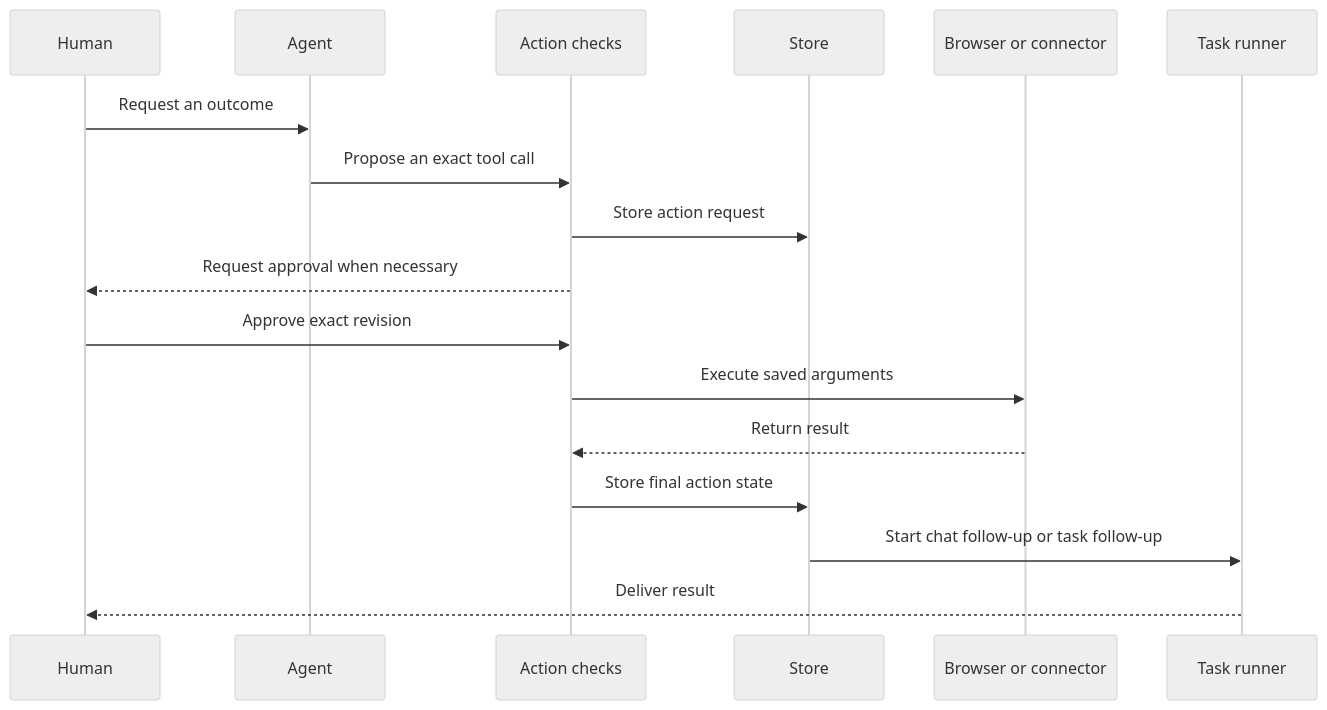
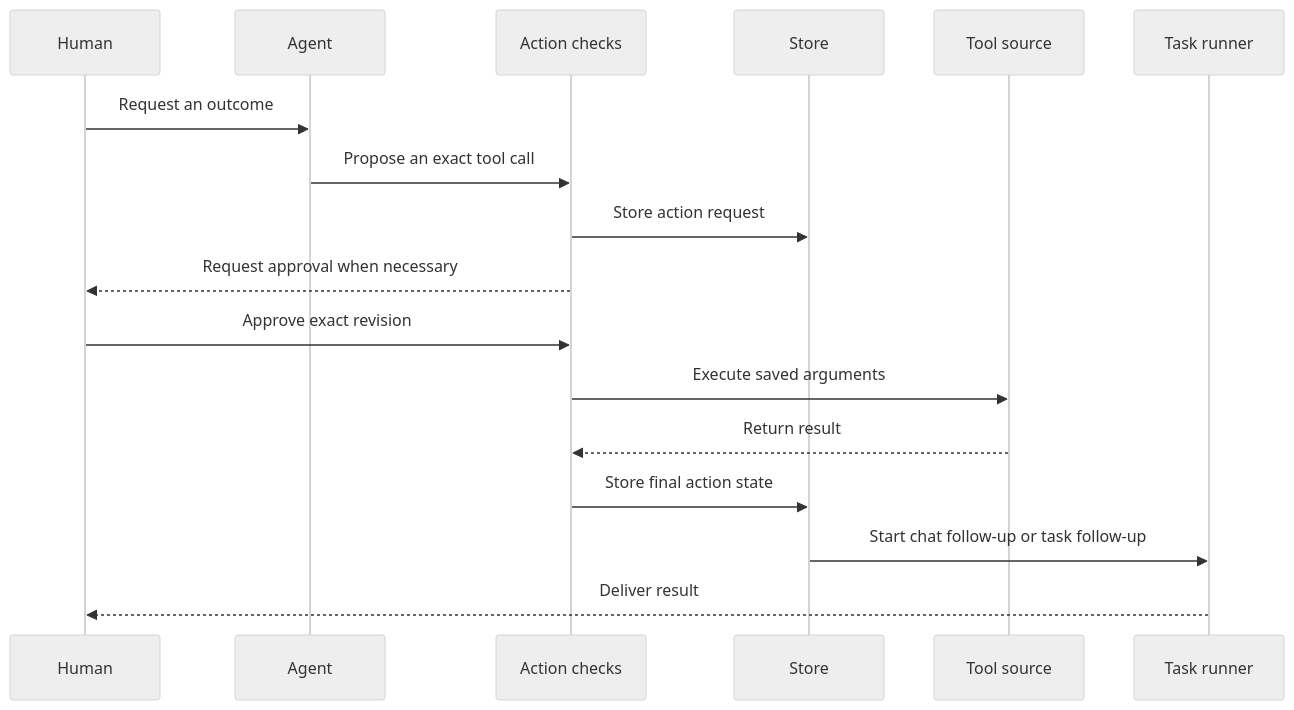
One commit to kpsuperplane/Noema changed the second of 29 diagrams in docs/superpowers/plans/2026-08-08-noema-practical-reliability-roadmap.md. Above: the diagram before and after it, drawn with Mermaid (neutral theme). The commit also changed other lines of this file, not shown here.

Commit message:
docs: make reliability roadmap tool-neutral

````diff
--- a/docs/superpowers/plans/2026-08-08-noema-practical-reliability-roadmap.md
+++ b/docs/superpowers/plans/2026-08-08-noema-practical-reliability-roadmap.md
@@ -104,20 +104,20 @@
 ```mermaid
 sequenceDiagram
     participant Human
     participant Agent
     participant Gateway as Action checks
     participant Store
-    participant Tool as Browser or connector
+    participant Tool as Tool source
     participant Task as Task runner
 
     Human->>Agent: Request an outcome
     Agent->>Gateway: Propose an exact tool call
     Gateway->>Store: Store action request
     Gateway-->>Human: Request approval when necessary
     Human->>Gateway: Approve exact revision
     Gateway->>Tool: Execute saved arguments
     Tool-->>Gateway: Return result
     Gateway->>Store: Store final action state
     Store->>Task: Start chat follow-up or task follow-up
     Task-->>Human: Deliver result
 ```
````
